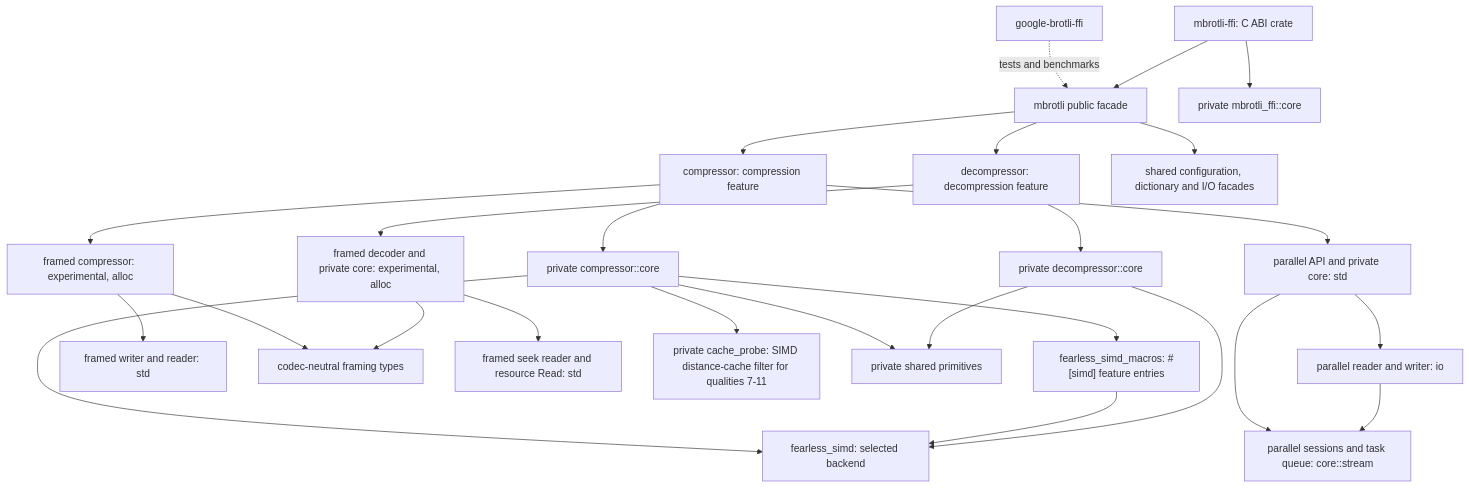
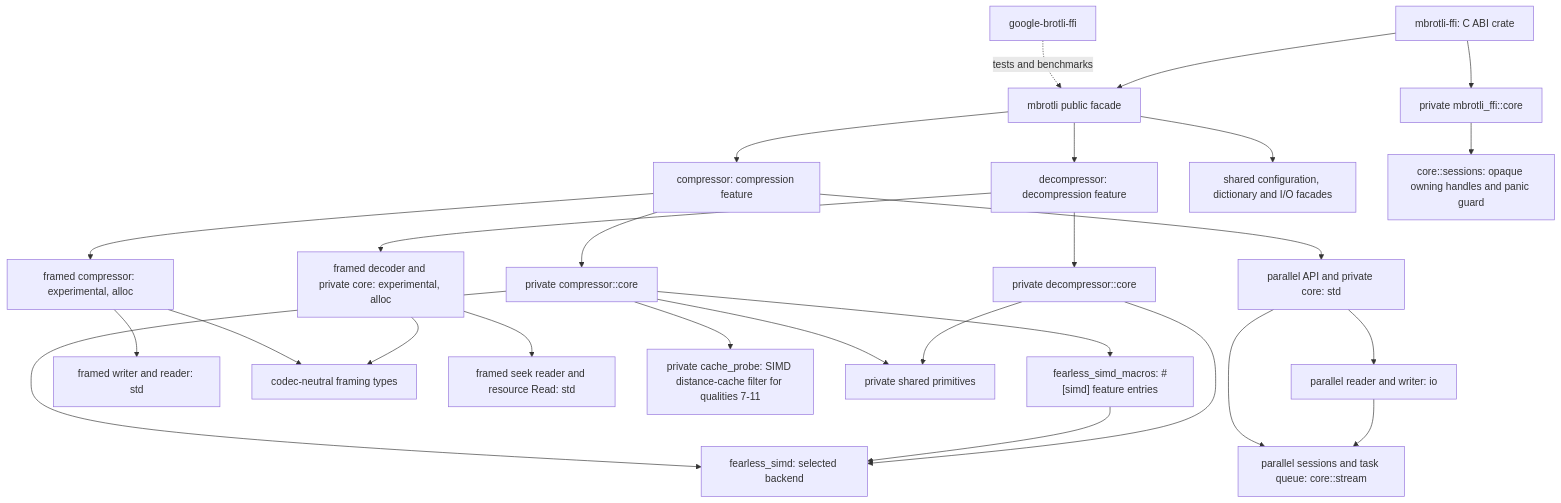
One commit to M-Compressors/mbrotli changed the diagram in architecture/README.md. Above: the diagram before and after it, drawn with Mermaid. The commit also changed other lines of this file and 17 other files, not shown here.

````diff
--- a/architecture/README.md
+++ b/architecture/README.md
@@ -9,28 +9,29 @@
 ```mermaid
 graph TD
     Root[mbrotli public facade] --> Encode[compressor: compression feature]
     Root --> Decode[decompressor: decompression feature]
     Root --> Common[shared configuration, dictionary and I/O facades]
     Encode --> ECore[private compressor::core]
     Decode --> DCore[private decompressor::core]
     Encode --> Parallel[parallel API and private core: std]
     Parallel --> PStream[parallel sessions and task queue: core::stream]
     Parallel --> PIO[parallel reader and writer: io]
     PIO --> PStream
     Encode --> Framing[framed compressor: experimental, alloc]
     Framing --> FIO[framed writer and reader: std]
     Decode --> FDecode[framed decoder and private core: experimental, alloc]
     Framing --> Wire[codec-neutral framing types]
     FDecode --> Seek[framed seek reader and resource Read: std]
     FDecode --> Wire
     ECore --> Probe[private cache_probe: SIMD distance-cache filter for qualities 7-11]
     ECore --> Shared[private shared primitives]
     DCore --> Shared
     ECore --> SIMD[fearless_simd: selected backend]
     ECore --> Macro["fearless_simd_macros: #[simd] feature entries"]
     Macro --> SIMD
     DCore --> SIMD
     C[google-brotli-ffi] -. tests and benchmarks .-> Root
     CABI[mbrotli-ffi: C ABI crate] --> Root
     CABI --> CCore[private mbrotli_ffi::core]
+    CCore --> CSessions[core::sessions: opaque owning handles and panic guard]
 ```
````
